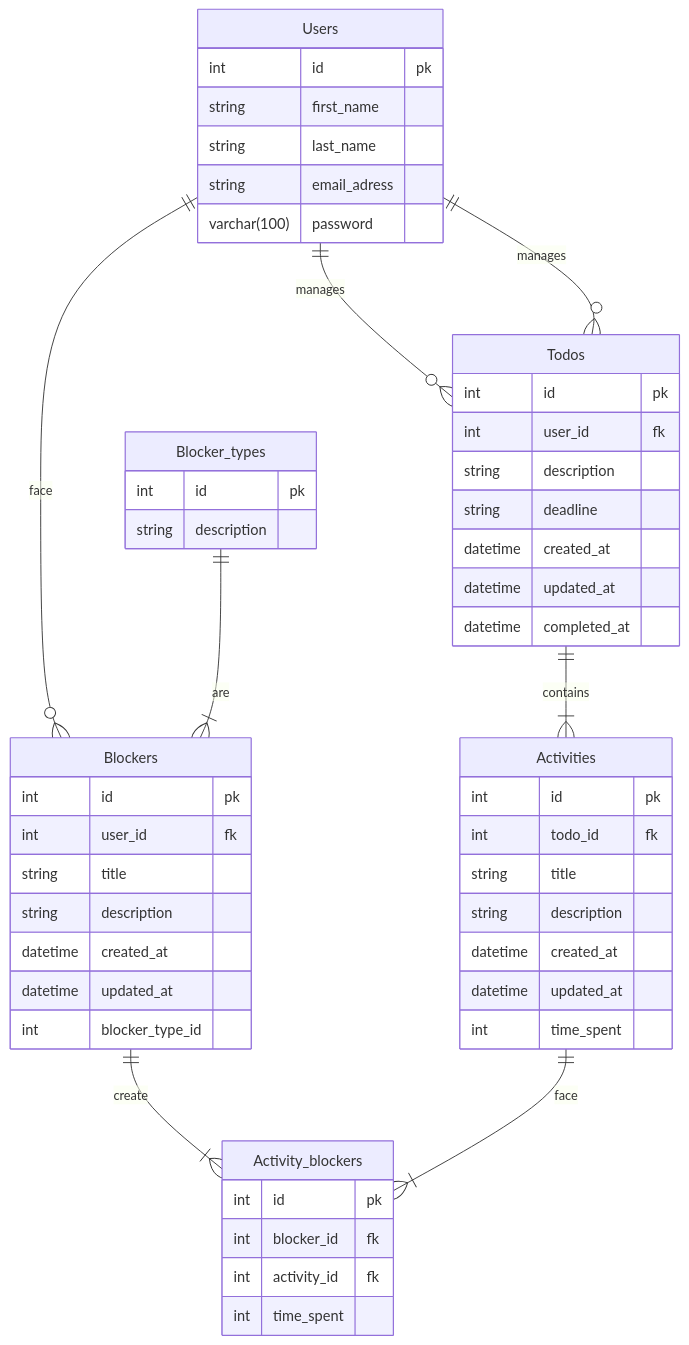
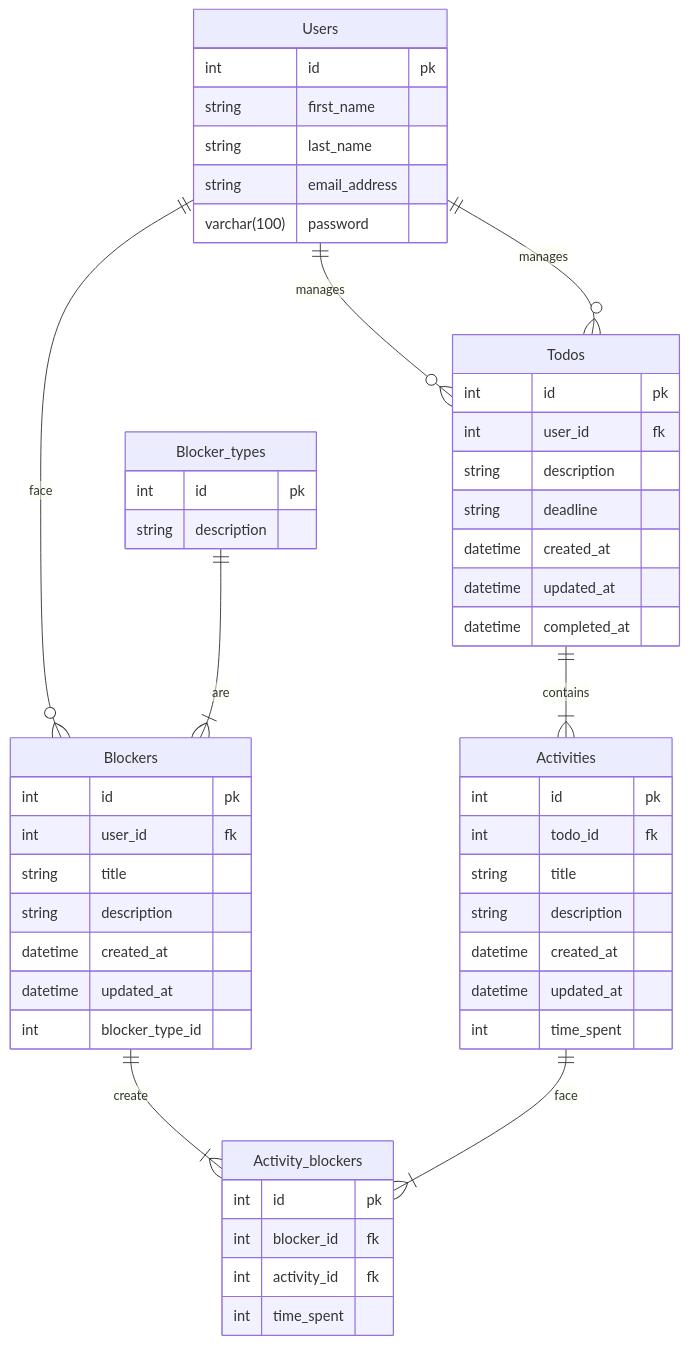
The second of 2 diagrams in README.md (erinhana/scatter), drawn with Mermaid before and after one commit.

````diff
--- a/README.md
+++ b/README.md
@@ -57,63 +57,63 @@
 ```mermaid
 %%{init: {'theme':'default'}}%%
 erDiagram
     Users ||--o{ Todos  : manages
     Users {
         int id pk 
         string first_name
         string last_name
-        string email_adress
+        string email_address
         varchar(100) password
 
     }
     Users ||--o{ Blockers : face
     Blockers {
         int id pk 
         int user_id fk
         string title
         string description 
         datetime created_at
         datetime updated_at
         int blocker_type_id
     }
     Blockers ||--|{ Activity_blockers : create
 
     Blocker_types ||--|{ Blockers : are
 
     Blocker_types {
         int id pk 
         string description 
         
     }
 
     Users ||--o{ Todos : manages
     Todos {
         int id pk
         int user_id fk
         string description
         string deadline
         datetime created_at
         datetime updated_at
         datetime completed_at
 
     }
     Todos ||--|{ Activities : contains
     Activities {
         int id pk 
         int todo_id fk
         string title
         string description 
         datetime created_at
         datetime updated_at
         int time_spent
 
     }
     Activities ||--|{Activity_blockers : face
     Activity_blockers {
         int id pk 
         int blocker_id fk
         int activity_id fk
         int time_spent
 
     }
  ```
````
